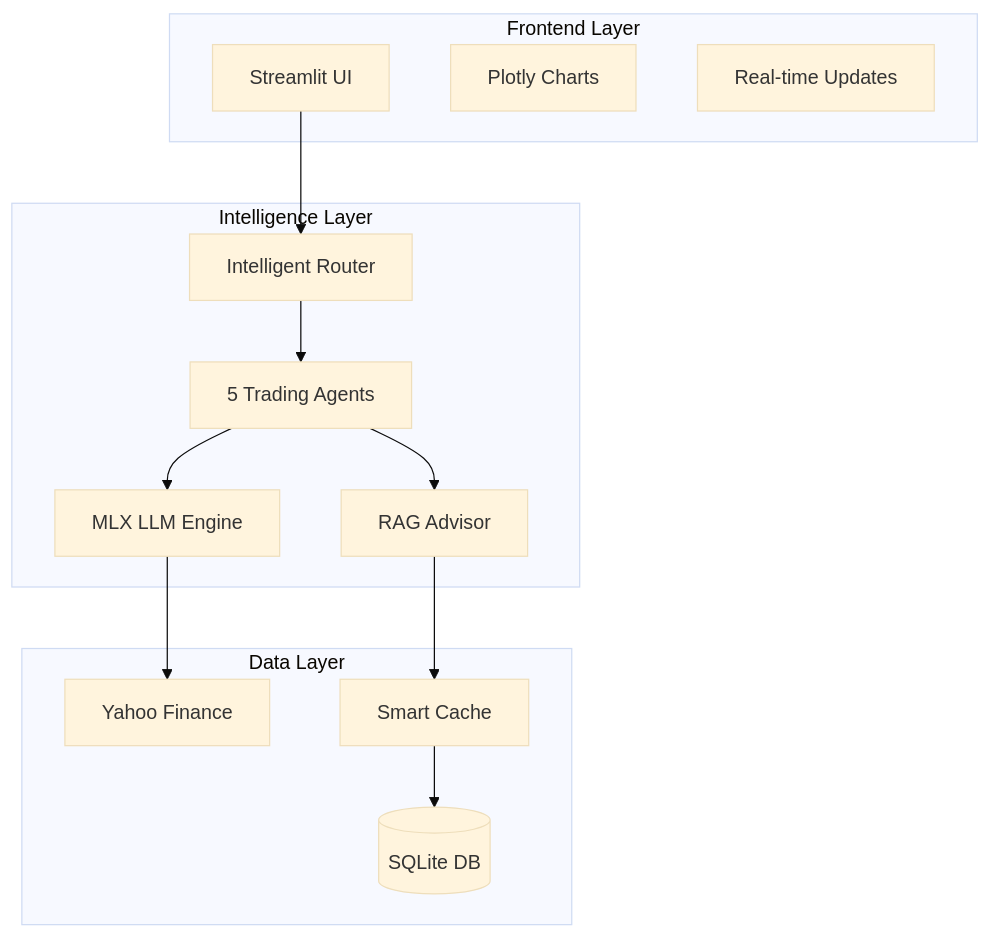
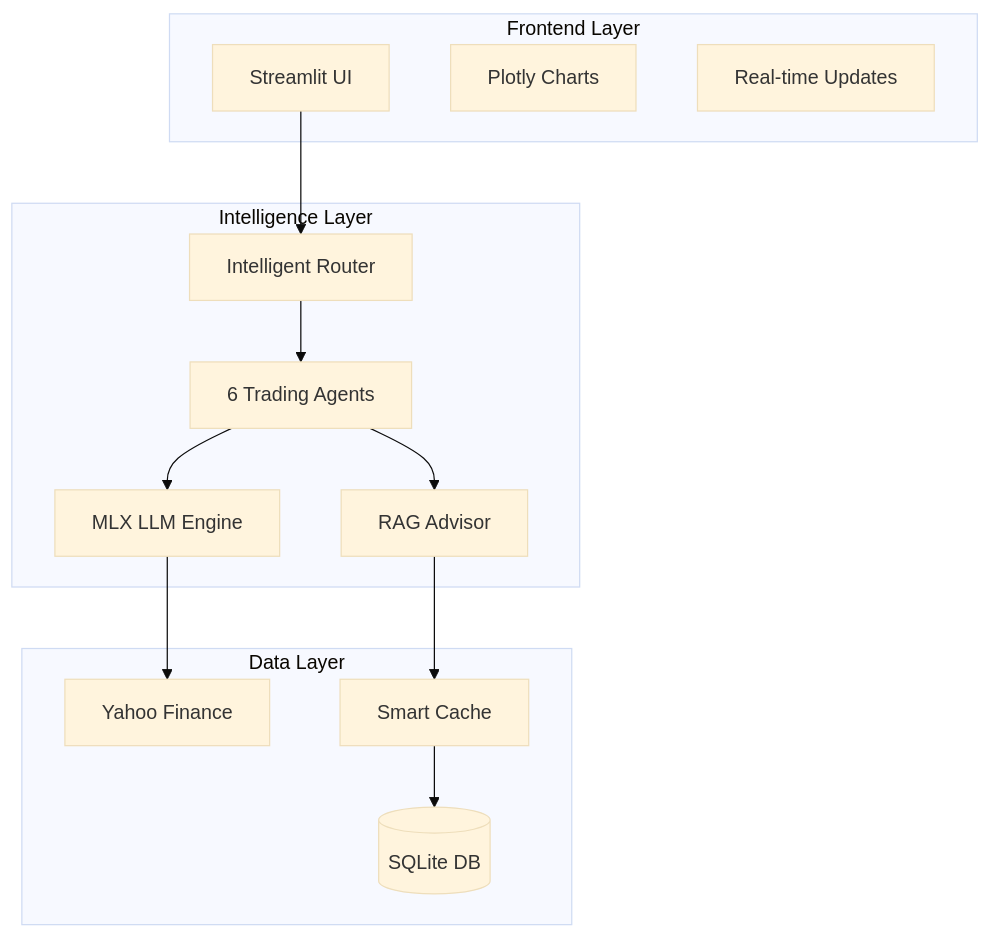
One commit to yrafique/quantum-consensus-trading changed the diagram in README.md. Above: the diagram before and after it, drawn with Mermaid (base theme). The commit also changed other lines of this file, not shown here.

````diff
--- a/README.md
+++ b/README.md
@@ -157,29 +197,29 @@
 ```mermaid
 graph TB
     subgraph "Frontend Layer"
         UI[Streamlit UI]
         Charts[Plotly Charts]
         RT[Real-time Updates]
     end
     
     subgraph "Intelligence Layer"
         Router[Intelligent Router]
-        Agents[5 Trading Agents]
+        Agents[6 Trading Agents]
         MLX[MLX LLM Engine]
         RAG[RAG Advisor]
     end
     
     subgraph "Data Layer"
         YF[Yahoo Finance]
         Cache[Smart Cache]
         DB[(SQLite DB)]
     end
     
     UI --> Router
     Router --> Agents
     Agents --> MLX
     Agents --> RAG
     MLX --> YF
     RAG --> Cache
     Cache --> DB
 ```
````
